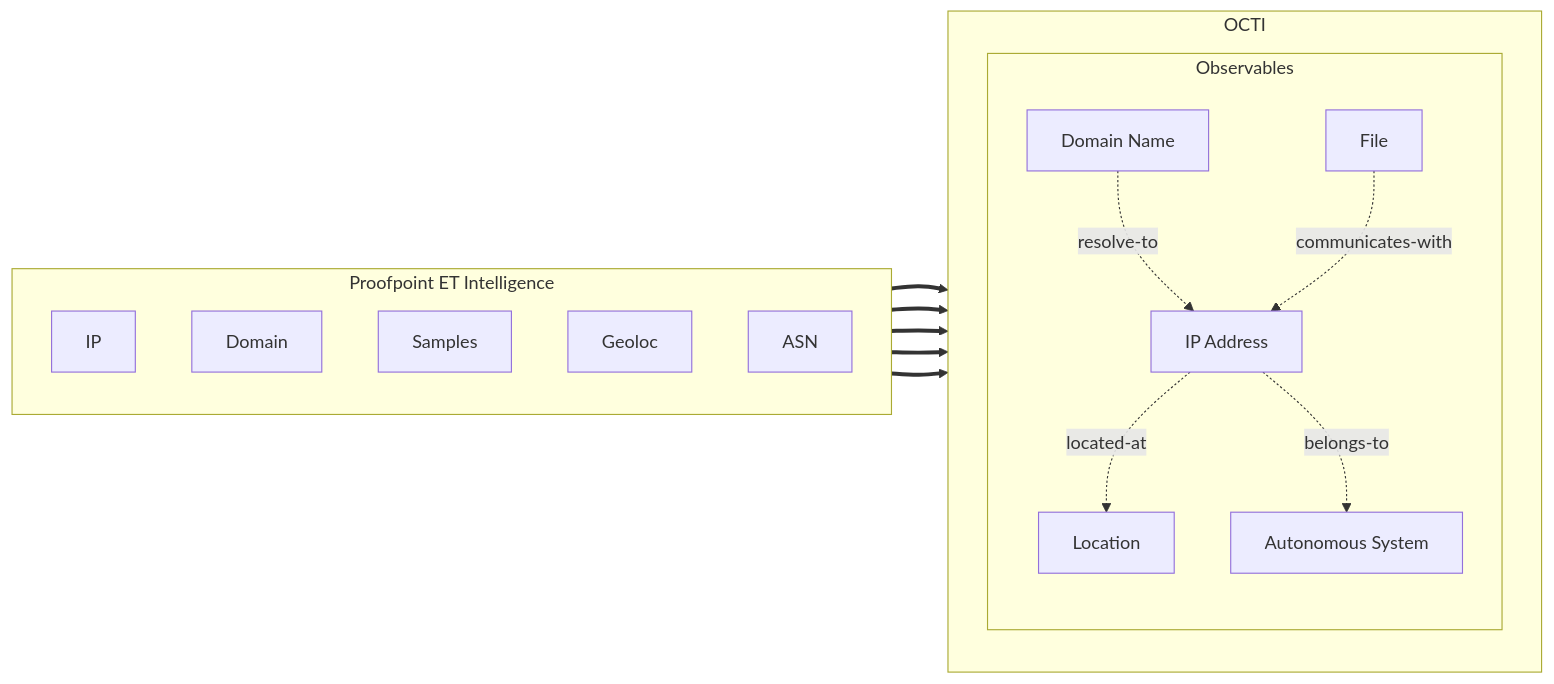
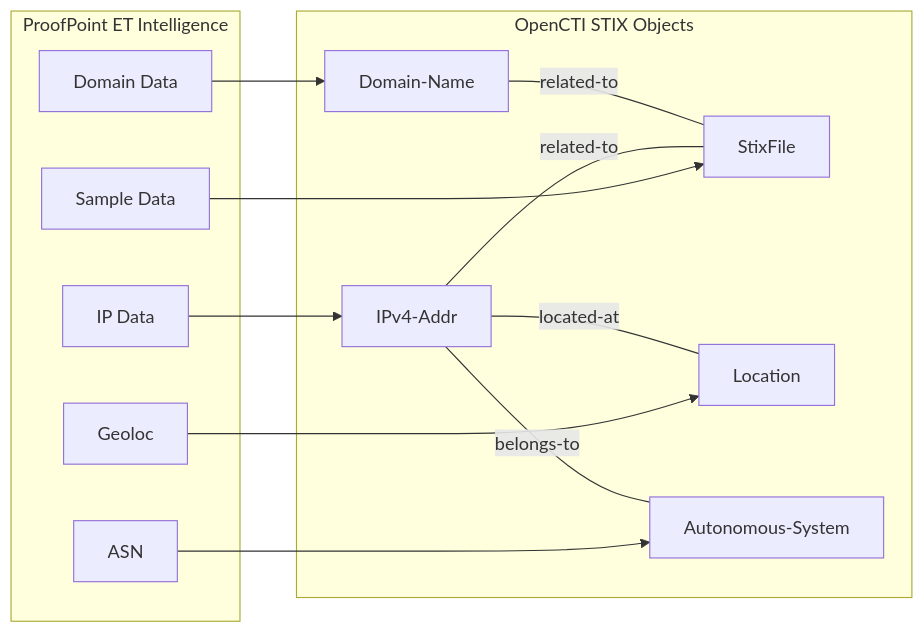
One commit to OpenCTI-Platform/connectors changed the diagram in internal-enrichment/proofpoint-et-intelligence/README.md. Above: the diagram before and after it, drawn with Mermaid. The commit also changed other lines of this file and 40 other files, not shown here.

````diff
--- a/internal-enrichment/proofpoint-et-intelligence/README.md
+++ b/internal-enrichment/proofpoint-et-intelligence/README.md
@@ -131,37 +131,29 @@
 ```mermaid
-graph LR
-    subgraph P_ET["Proofpoint ET Intelligence"]
-    direction TB
-    ProofpointET_IP["IP"]
-    ProofpointET_Domain["Domain"]
-    ProofpointET_Sample["Samples"]
-    ProofpointET_Geoloc["Geoloc"]
-    ProofpointET_ASN["ASN"]
-
-    end  
-
-    subgraph OCTI
-        direction TB
-        subgraph Observables
-            direction TB
-            OCTI_IP[IP Address]
-            OCTI_Domain[Domain Name]
-            OCTI_File[File]
-            OCTI_Location[Location]
-            OCTI_AS[Autonomous System]
-        end
-        OCTI_Domain -.->|"resolve-to"| OCTI_IP
-        OCTI_File -.->|"communicates-with"| OCTI_IP
-        OCTI_IP -.->|"located-at"| OCTI_Location
-        OCTI_IP -.->|"belongs-to"| OCTI_AS
+flowchart LR
+    subgraph "ProofPoint ET Intelligence"
+        A1[IP Data]
+        A2[Domain Data]
+        A3[Sample Data]
+        A4[Geoloc]
+        A5[ASN]
     end
-
-    P_ET~~~OCTI
-
-    ProofpointET_Domain ==> OCTI_Domain
-    ProofpointET_IP ==> OCTI_IP
-    ProofpointET_Sample ==> OCTI_File
-    ProofpointET_Geoloc ==> OCTI_Location
-    ProofpointET_ASN ==> OCTI_AS
-
+    
+    subgraph "OpenCTI STIX Objects"
+        B1[IPv4-Addr]
+        B2[Domain-Name]
+        B3[StixFile]
+        B4[Location]
+        B5[Autonomous-System]
+    end
+    
+    A1 --> B1
+    A2 --> B2
+    A3 --> B3
+    A4 --> B4
+    A5 --> B5
+    
+    B1 ---|related-to| B3
+    B2 ---|related-to| B3
+    B1 ---|located-at| B4
+    B1 ---|belongs-to| B5
 ```
````
